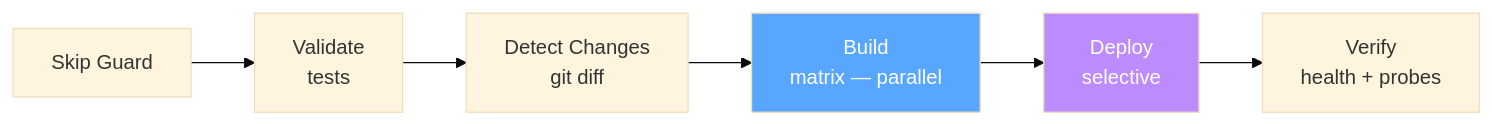
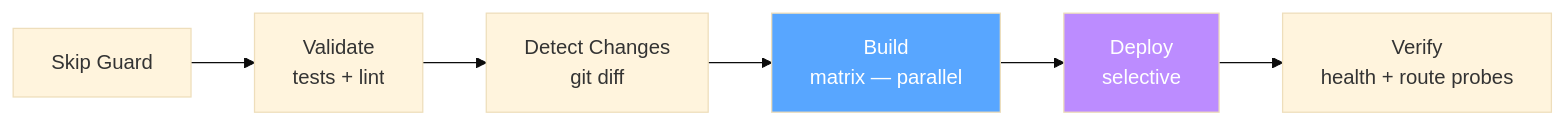
One commit to WhitehatD/MetricHost changed the eighth of 9 diagrams in README.md. Above: the diagram before and after it, drawn with Mermaid (base theme). The commit also changed other lines of this file, not shown here.

````diff
--- a/README.md
+++ b/README.md
@@ -293,11 +455,11 @@
 ```mermaid
 flowchart LR
-    A[Skip Guard] --> B[Validate<br/>tests]
+    A[Skip Guard] --> B[Validate<br/>tests + lint]
     B --> C[Detect Changes<br/>git diff]
     C --> D[Build<br/>matrix — parallel]
     D --> E[Deploy<br/>selective]
-    E --> F[Verify<br/>health + probes]
+    E --> F[Verify<br/>health + route probes]
 
     style D fill:#58a6ff,color:#fff
     style E fill:#bc8cff,color:#fff
 ```
````
